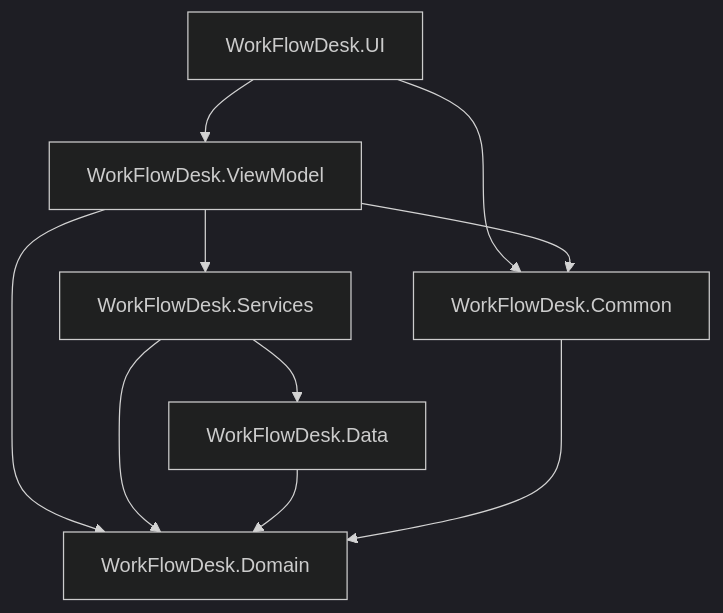
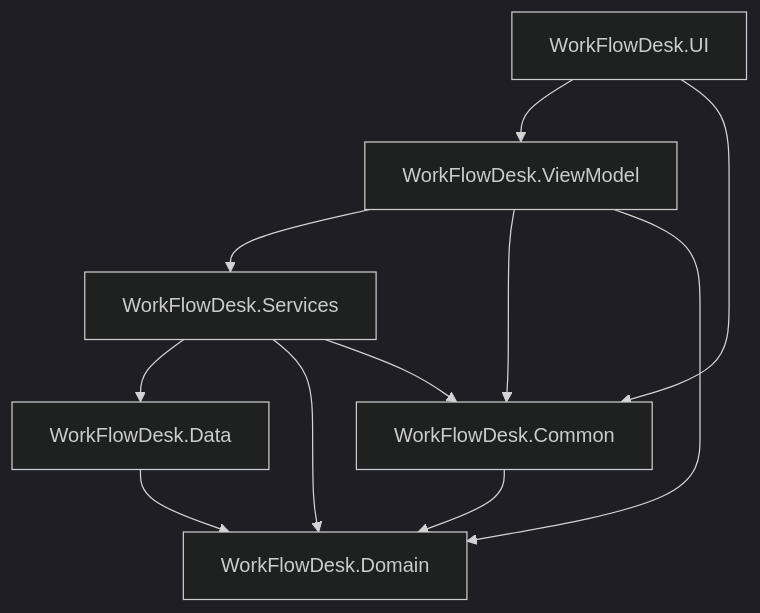
The diagram in ARCHITECTURE.md (Areman-05/WorkFlowDesk), drawn with Mermaid (dark theme) before and after one commit. The commit also changed other lines of this file and 2 other files, not shown here.

````diff
--- a/ARCHITECTURE.md
+++ b/ARCHITECTURE.md
@@ -7,19 +7,20 @@
 ```mermaid
 flowchart TB
     UI[WorkFlowDesk.UI]
     VM[WorkFlowDesk.ViewModel]
     SVC[WorkFlowDesk.Services]
     DATA[WorkFlowDesk.Data]
     DOM[WorkFlowDesk.Domain]
     COM[WorkFlowDesk.Common]
 
     UI --> VM
     UI --> COM
     VM --> SVC
     VM --> COM
     VM --> DOM
     SVC --> DATA
     SVC --> DOM
+    SVC --> COM
     DATA --> DOM
     COM --> DOM
 ```
````
